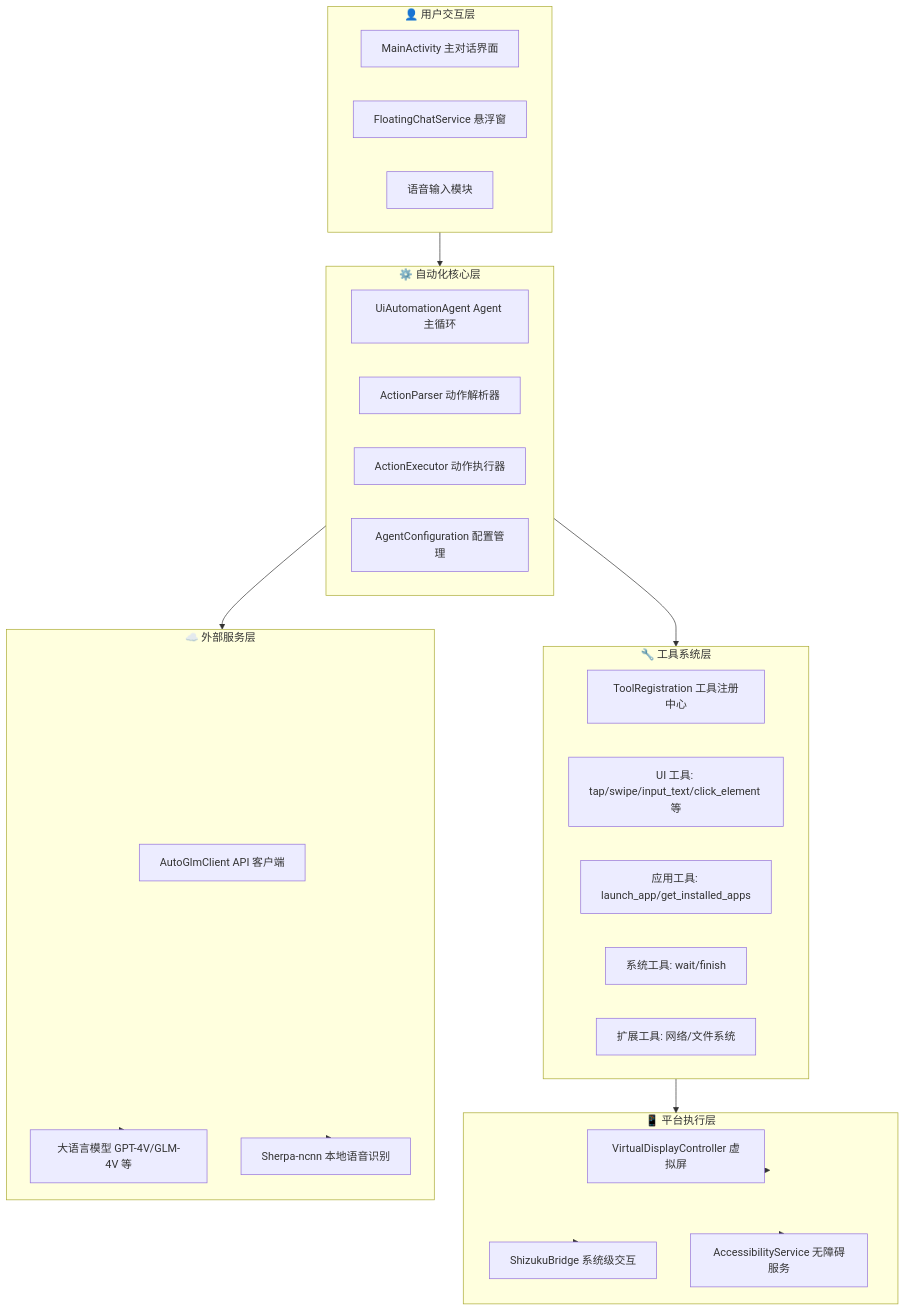
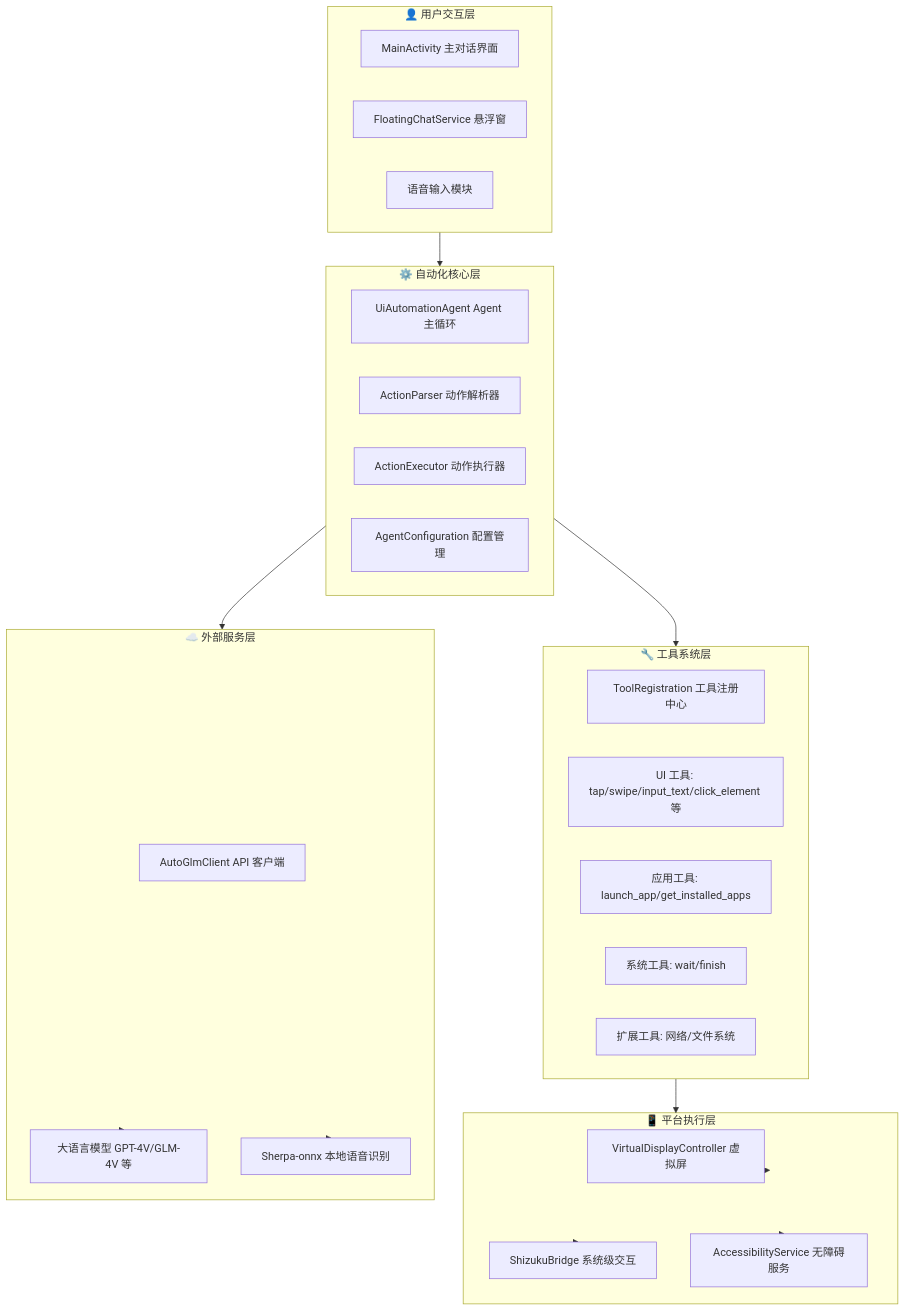
One commit to ZG0704666/Aries-AI changed the first of 3 diagrams in Aries-site/docs/FAQ.md. Above: the diagram before and after it, drawn with Mermaid. The commit also changed other lines of this file and 215 other files, not shown here.

````diff
--- a/Aries-site/docs/FAQ.md
+++ b/Aries-site/docs/FAQ.md
@@ -26,45 +26,45 @@
 ```mermaid
 flowchart TD
     subgraph UserLayer["👤 用户交互层"]
         MainUI[MainActivity 主对话界面]
         FloatingChat[FloatingChatService 悬浮窗]
         VoiceInput[语音输入模块]
     end
 
     subgraph AutomationCore["⚙️ 自动化核心层"]
         Agent[UiAutomationAgent Agent 主循环]
         Parser[ActionParser 动作解析器]
         Executor[ActionExecutor 动作执行器]
         Config[AgentConfiguration 配置管理]
     end
 
     subgraph ToolSystem["🔧 工具系统层"]
         ToolReg[ToolRegistration 工具注册中心]
         UITools[UI 工具: tap/swipe/input_text/click_element 等]
         AppTools[应用工具: launch_app/get_installed_apps]
         SysTools[系统工具: wait/finish]
         ExtTools[扩展工具: 网络/文件系统]
     end
 
     subgraph PlatformLayer["📱 平台执行层"]
         VirtualDisplay[VirtualDisplayController 虚拟屏]
         Shizuku[ShizukuBridge 系统级交互]
         Accessibility[AccessibilityService 无障碍服务]
     end
 
     subgraph ExternalLayer["☁️ 外部服务层"]
         AutoGlmClient[AutoGlmClient API 客户端]
         LLM[大语言模型 GPT-4V/GLM-4V 等]
-        SpeechEngine[Sherpa-ncnn 本地语音识别]
+        SpeechEngine[Sherpa-onnx 本地语音识别]
     end
 
     UserLayer --> AutomationCore
     AutomationCore --> ToolSystem
     ToolSystem --> PlatformLayer
     AutomationCore --> ExternalLayer
     PlatformLayer --> VirtualDisplay
     PlatformLayer --> Shizuku
     PlatformLayer --> Accessibility
     ExternalLayer --> LLM
     ExternalLayer --> SpeechEngine
 ```
````
